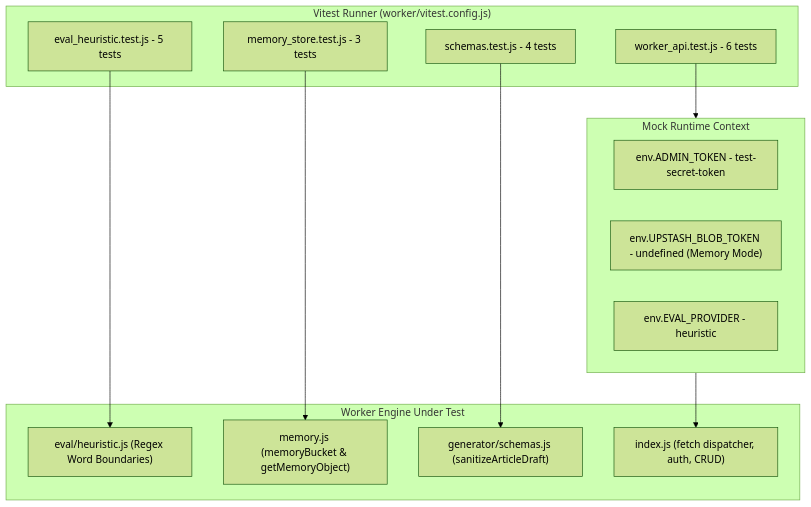
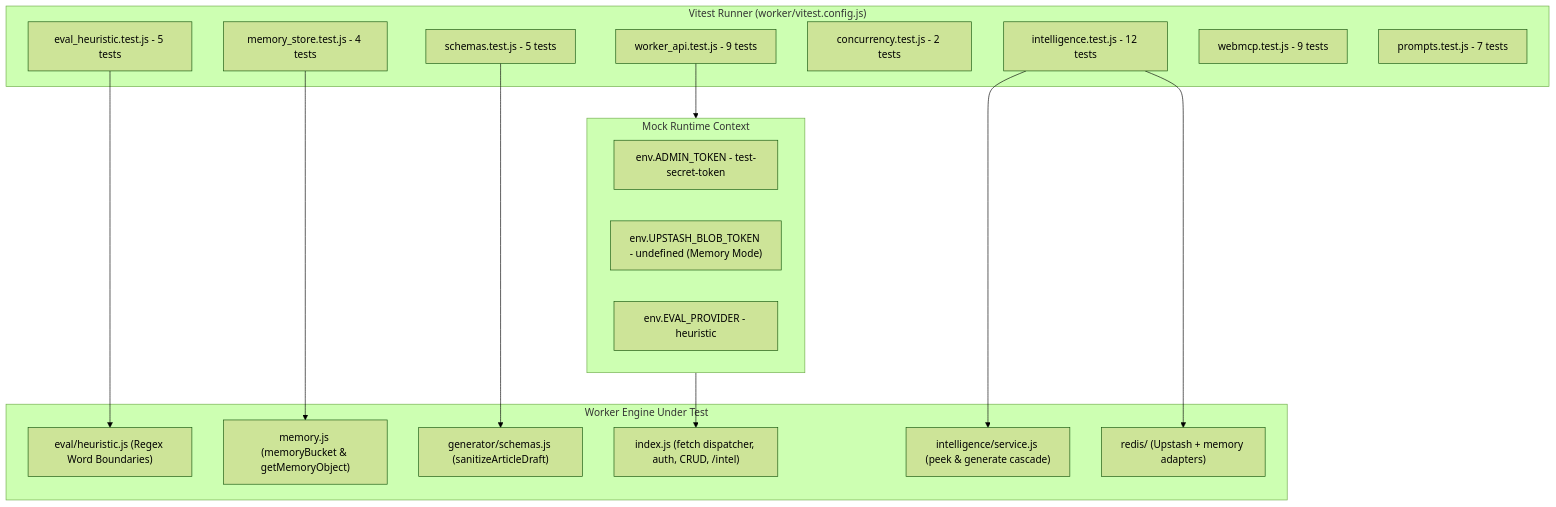
Before and after one commit to AmritSDutta/kalidass: the diagram in docs/testcases.mdx, drawn with Mermaid (forest theme). The commit also changed other lines of this file and 3 other files, not shown here.

````diff
--- a/docs/testcases.mdx
+++ b/docs/testcases.mdx
@@ -14,25 +14,33 @@
 ```mermaid
 flowchart TD
   subgraph TestRunner["Vitest Runner (worker/vitest.config.js)"]
     HeuristicSuite["eval_heuristic.test.js - 5 tests"]
-    MemorySuite["memory_store.test.js - 3 tests"]
-    SchemaSuite["schemas.test.js - 4 tests"]
-    WorkerApiSuite["worker_api.test.js - 6 tests"]
+    MemorySuite["memory_store.test.js - 4 tests"]
+    SchemaSuite["schemas.test.js - 5 tests"]
+    WorkerApiSuite["worker_api.test.js - 9 tests"]
+    ConcurrencySuite["concurrency.test.js - 2 tests"]
+    IntelligenceSuite["intelligence.test.js - 12 tests"]
+    WebMcpSuite["webmcp.test.js - 9 tests"]
+    PromptsSuite["prompts.test.js - 7 tests"]
   end
   subgraph SystemUnderTest["Worker Engine Under Test"]
     HeuristicEngine["eval/heuristic.js (Regex Word Boundaries)"]
     MemoryAdapter["memory.js (memoryBucket & getMemoryObject)"]
     SchemaNormalizer["generator/schemas.js (sanitizeArticleDraft)"]
-    WorkerRouter["index.js (fetch dispatcher, auth, CRUD)"]
+    WorkerRouter["index.js (fetch dispatcher, auth, CRUD, /intel)"]
+    IntelService["intelligence/service.js (peek & generate cascade)"]
+    RedisAdapters["redis/ (Upstash + memory adapters)"]
   end
   subgraph MockEnv["Mock Runtime Context"]
     MockConfig["env.ADMIN_TOKEN - test-secret-token"]
     MockStore["env.UPSTASH_BLOB_TOKEN - undefined (Memory Mode)"]
     MockProvider["env.EVAL_PROVIDER - heuristic"]
   end
   HeuristicSuite --> HeuristicEngine
   MemorySuite --> MemoryAdapter
   SchemaSuite --> SchemaNormalizer
   WorkerApiSuite --> MockEnv
   MockEnv --> WorkerRouter
+  IntelligenceSuite --> IntelService
+  IntelligenceSuite --> RedisAdapters
 ```
````
